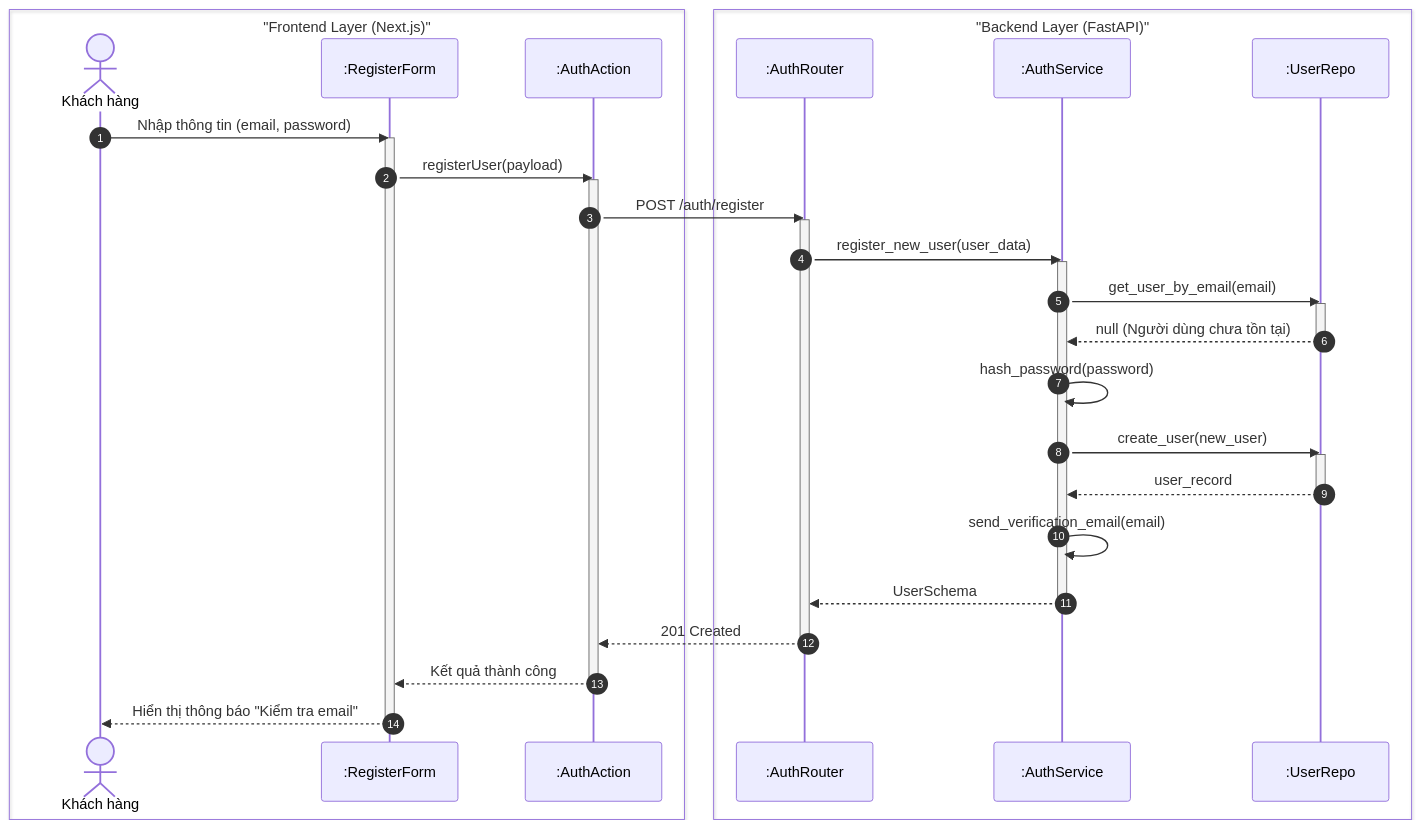
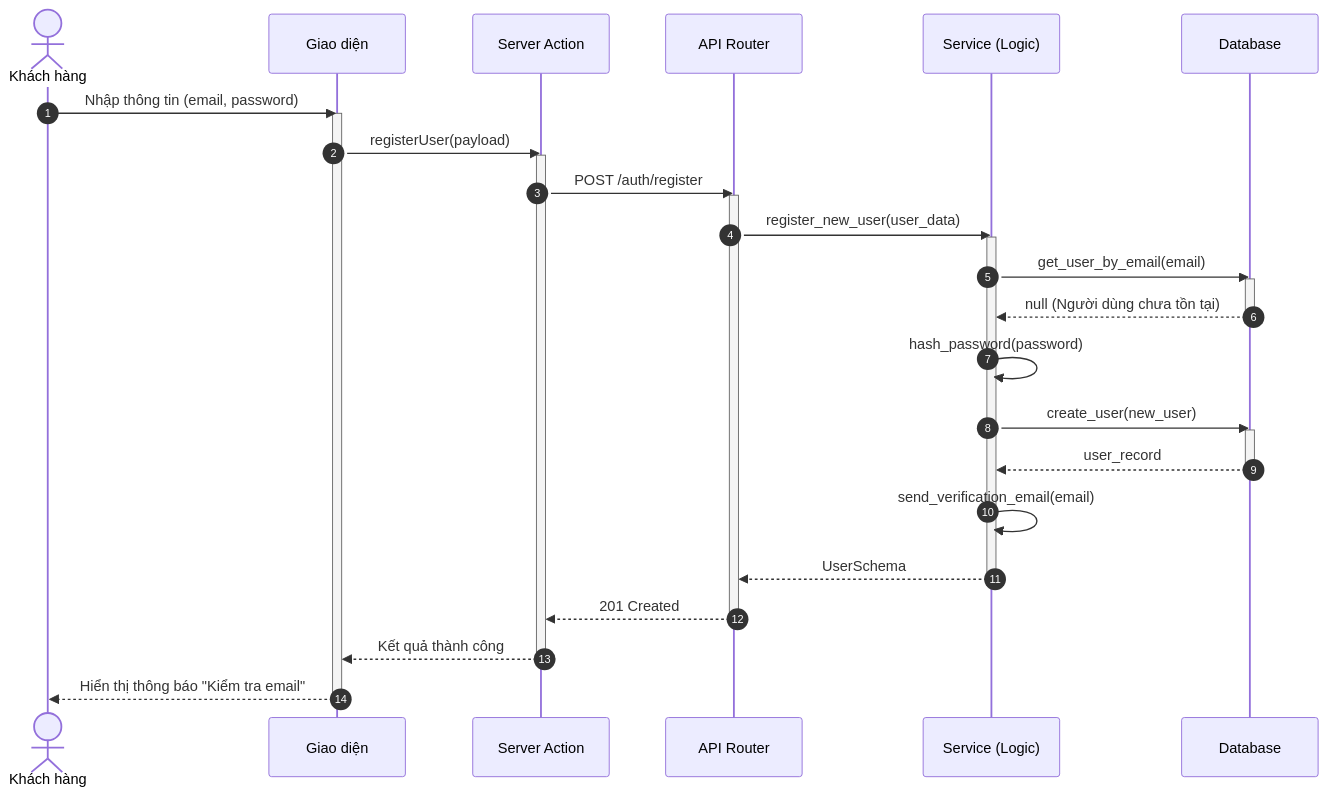
One commit to ngoctinn/Synapse changed the first of 8 diagrams in docs/design/sequences/authentication.md. Above: the diagram before and after it, drawn with Mermaid. The commit also changed other lines of this file and 4 other files, not shown here.

Commit message:
docs: Add initial sequence diagrams for admin, authentication, customer, receptionist, and technician flows.

````diff
--- a/docs/design/sequences/authentication.md
+++ b/docs/design/sequences/authentication.md
@@ -28,52 +28,47 @@
 ```mermaid
 sequenceDiagram
     autonumber
-    box "Frontend Layer (Next.js)"
-        actor KH as Khách hàng
-        participant UI as :RegisterForm
-        participant BFF as :AuthAction
-    end
-
-    box "Backend Layer (FastAPI)"
-        participant API as :AuthRouter
-        participant S as :AuthService
-        participant DB as :UserRepo
-    end
+    actor KH as Khách hàng
+    participant UI as Giao diện
+    participant BFF as Server Action
+    participant API as API Router
+    participant S as Service (Logic)
+    participant DB as Database
 
     KH->>UI: Nhập thông tin (email, password)
     activate UI
     UI->>BFF: registerUser(payload)
     activate BFF
 
     BFF->>API: POST /auth/register
     activate API
 
     API->>S: register_new_user(user_data)
     activate S
 
     S->>DB: get_user_by_email(email)
     activate DB
     DB-->>S: null (Người dùng chưa tồn tại)
     deactivate DB
 
     S->>S: hash_password(password)
 
     S->>DB: create_user(new_user)
     activate DB
     DB-->>S: user_record
     deactivate DB
 
     S->>S: send_verification_email(email)
 
     S-->>API: UserSchema
     deactivate S
 
     API-->>BFF: 201 Created
     deactivate API
 
     BFF-->>UI: Kết quả thành công
     deactivate BFF
 
     UI-->>KH: Hiển thị thông báo "Kiểm tra email"
     deactivate UI
 ```
````
